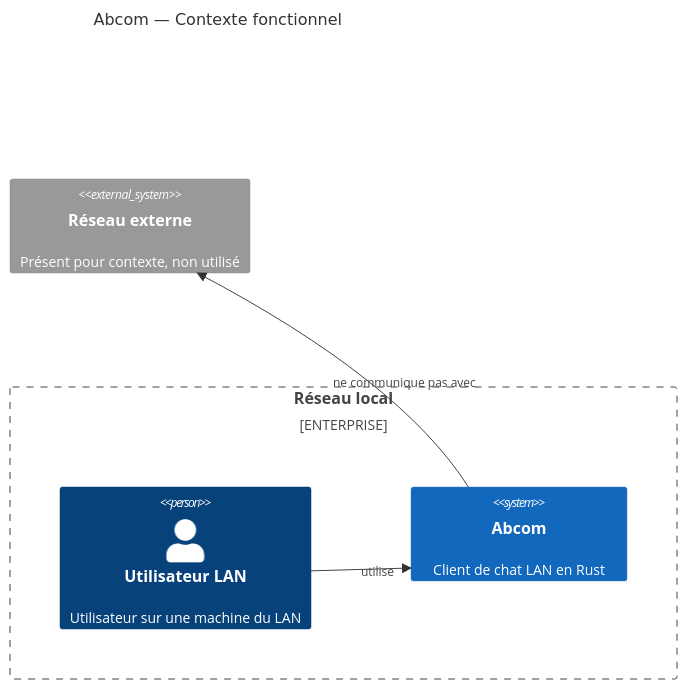
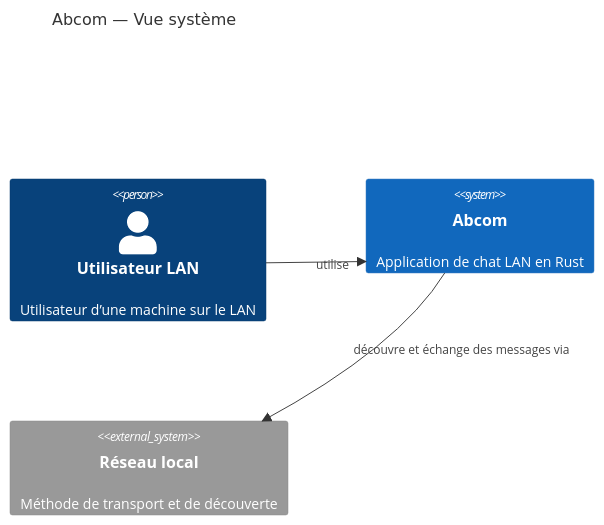
Before and after one commit to Abend-core/abcom: the diagram in README.md, drawn with Mermaid. The commit also changed other lines of this file and 35 other files, not shown here.

````diff
--- a/README.md
+++ b/README.md
@@ -43,11 +15,9 @@
 ```mermaid
 C4Context
-    title Abcom — Contexte fonctionnel
-    Enterprise_Boundary(s1, "Réseau local") {
-        Person(user, "Utilisateur LAN", "Utilisateur sur une machine du LAN")
-        System(abcom, "Abcom", "Client de chat LAN en Rust")
-    }
+    title Abcom — Vue système
+    Person(user, "Utilisateur LAN", "Utilisateur d’une machine sur le LAN")
+    System(abcom, "Abcom", "Application de chat LAN en Rust")
+    System_Ext(network, "Réseau local", "Méthode de transport et de découverte")
     Rel(user, abcom, "utilise")
-    System_Ext(internet, "Réseau externe", "Présent pour contexte, non utilisé")
-    Rel(abcom, internet, "ne communique pas avec")
+    Rel(abcom, network, "découvre et échange des messages via")
 ```
````
